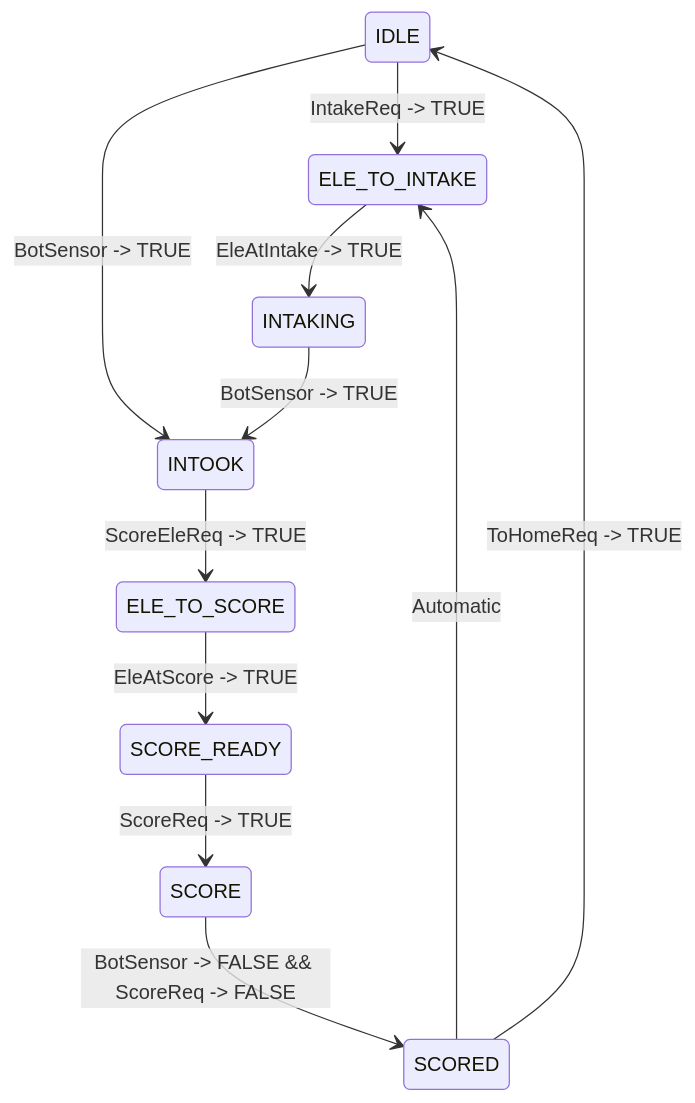
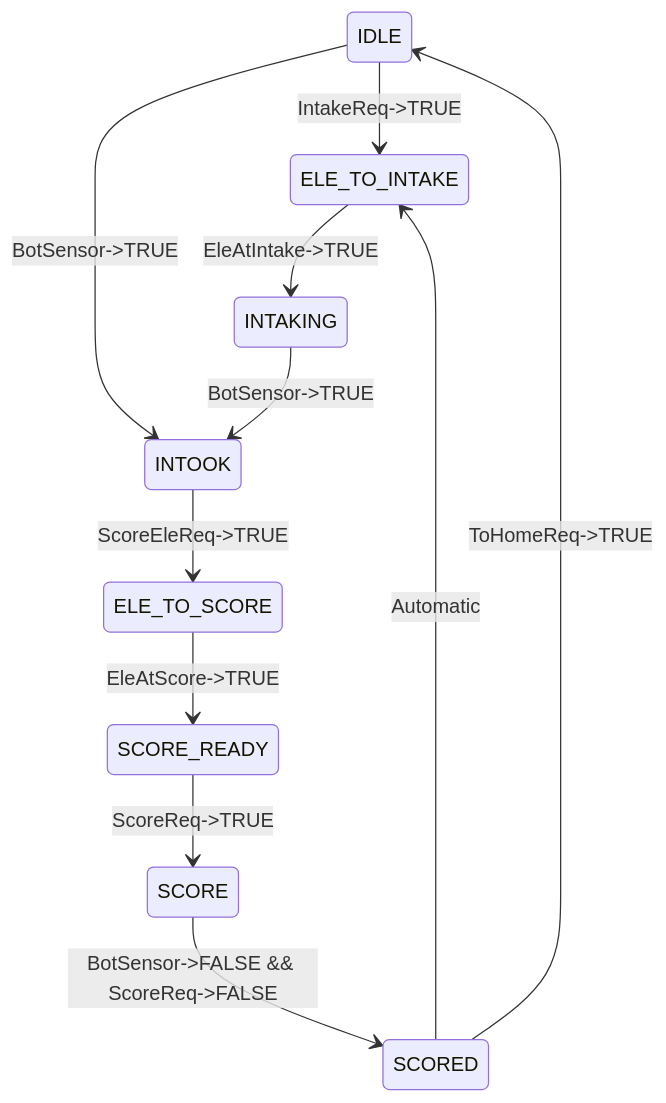
Before and after one commit to WaltonRobotics/Reefscape: the diagram in docs/Superstructure.md, drawn with Mermaid.

Commit message:
the spacing was bothering me

````diff
--- a/docs/Superstructure.md
+++ b/docs/Superstructure.md
@@ -17,23 +17,23 @@
 ```mermaid
 stateDiagram
     state "IDLE" as s1
     state "ELE_TO_INTAKE" as s2
     state "INTAKING" as s3
     state "INTOOK" as s4
     state "ELE_TO_SCORE" as s5
     state "SCORE_READY" as s6
     state "SCORE" as s7
     state "SCORED" as s8
 
-    s1 --> s2: IntakeReq -> TRUE
-    s1 --> s4: BotSensor -> TRUE
-    s2 --> s3: EleAtIntake -> TRUE
-    s3 --> s4: BotSensor -> TRUE
-    s4 --> s5: ScoreEleReq -> TRUE
-    s5 --> s6: EleAtScore -> TRUE
-    s6 --> s7: ScoreReq -> TRUE
-    s7 --> s8: BotSensor -> FALSE && ScoreReq -> FALSE
+    s1 --> s2: IntakeReq->TRUE
+    s1 --> s4: BotSensor->TRUE
+    s2 --> s3: EleAtIntake->TRUE
+    s3 --> s4: BotSensor->TRUE
+    s4 --> s5: ScoreEleReq->TRUE
+    s5 --> s6: EleAtScore->TRUE
+    s6 --> s7: ScoreReq->TRUE
+    s7 --> s8: BotSensor->FALSE && ScoreReq->FALSE
     s8 --> s2: Automatic
-    s8 --> s1: ToHomeReq -> TRUE
+    s8 --> s1: ToHomeReq->TRUE
 
 ```
````
